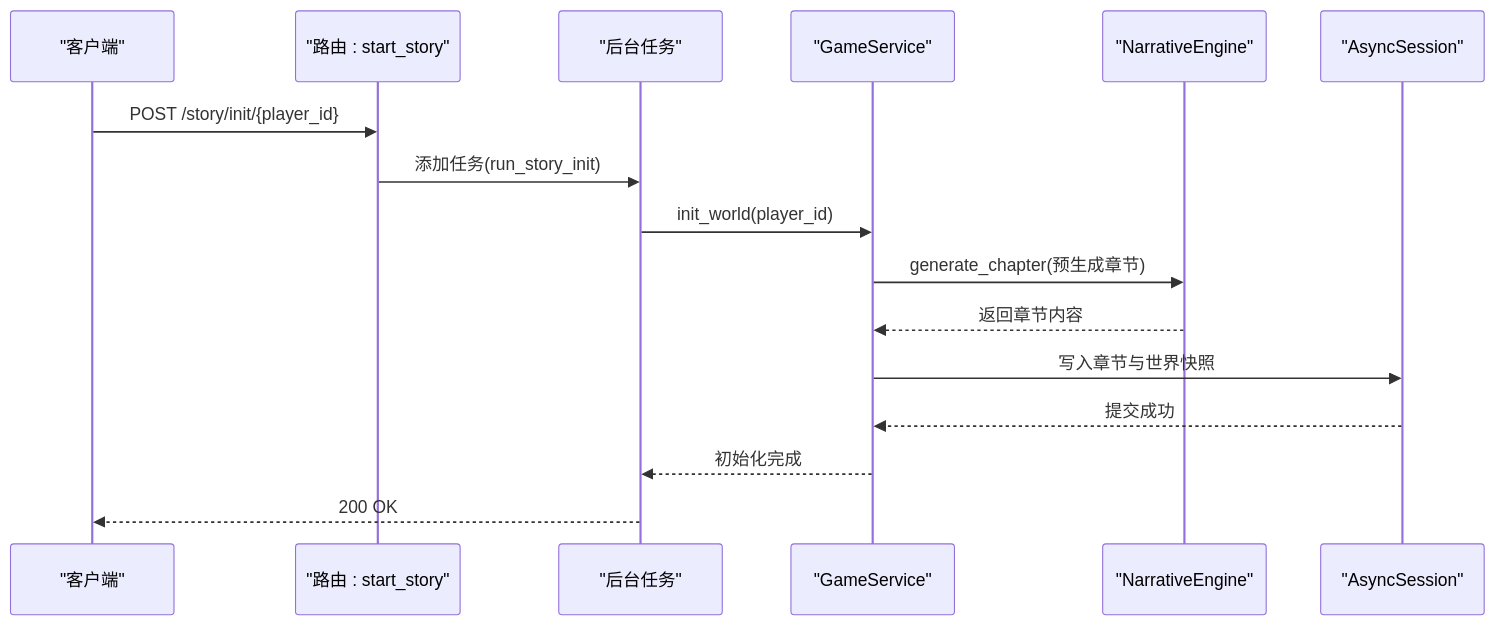
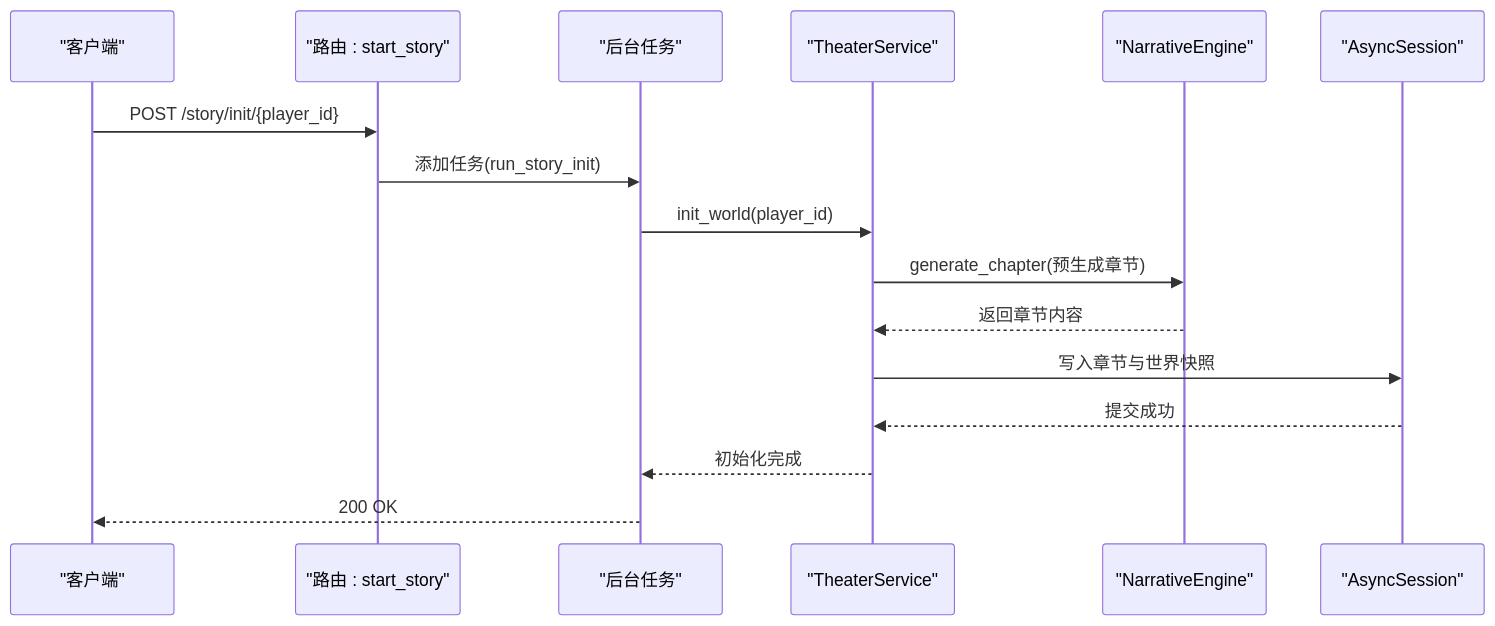
The seventh of 9 diagrams in .qoder/repowiki/zh/content/后端开发指南/FastAPI应用架构.md (KunLabAI/KunFlix), drawn with Mermaid before and after one commit. The commit also changed other lines of this file and 112 other files, not shown here.

````diff
--- a/.qoder/repowiki/zh/content/后端开发指南/FastAPI应用架构.md
+++ b/.qoder/repowiki/zh/content/后端开发指南/FastAPI应用架构.md
@@ -357,18 +357,18 @@
 ```mermaid
 sequenceDiagram
 participant Client as "客户端"
 participant Router as "路由 : start_story"
 participant BG as "后台任务"
-participant Service as "GameService"
+participant Service as "TheaterService"
 participant NE as "NarrativeEngine"
 participant DB as "AsyncSession"
 Client->>Router : POST /story/init/{player_id}
 Router->>BG : 添加任务(run_story_init)
 BG->>Service : init_world(player_id)
 Service->>NE : generate_chapter(预生成章节)
 NE-->>Service : 返回章节内容
 Service->>DB : 写入章节与世界快照
 DB-->>Service : 提交成功
 Service-->>BG : 初始化完成
 BG-->>Client : 200 OK
 ```
````
